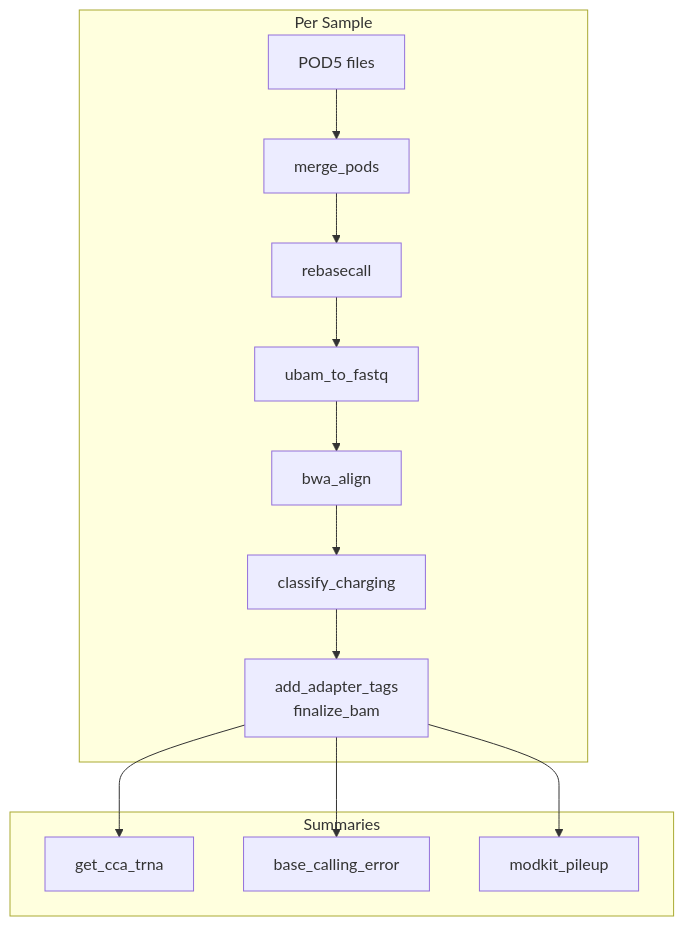
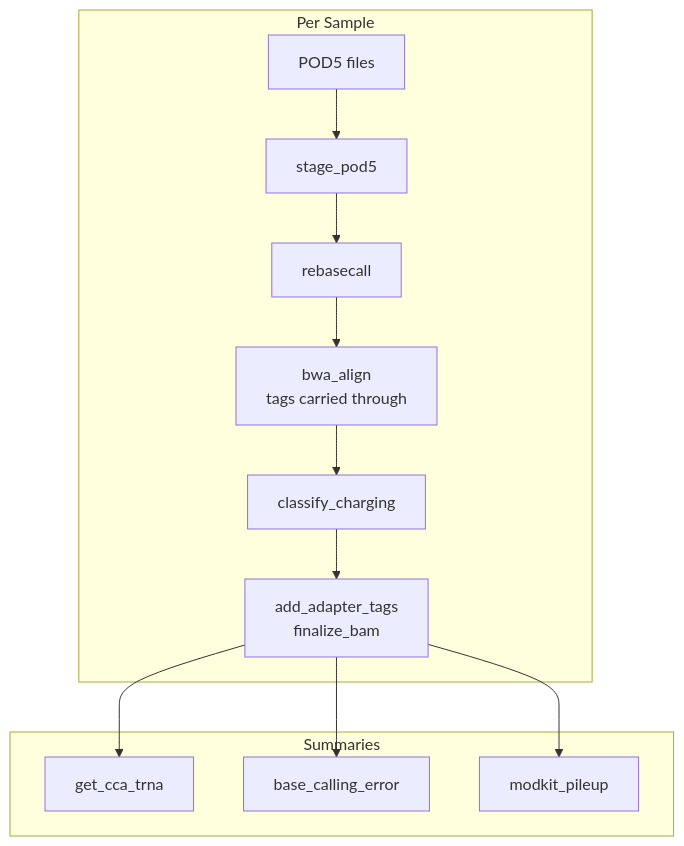
The third of 4 diagrams in docs/development/architecture.md (rnabioco/aa-tRNA-seq-pipeline), drawn with Mermaid before and after one commit. The commit also changed other lines of this file and 27 other files, not shown here.

First line of the commit message:
perf(process)!: stream dorado tags through bwa and stop copying POD5 (#154)

````diff
--- a/docs/development/architecture.md
+++ b/docs/development/architecture.md
@@ -153,17 +153,16 @@
 ```mermaid
 flowchart TD
     subgraph Per Sample
-        A[POD5 files] --> B[merge_pods]
+        A[POD5 files] --> B[stage_pod5]
         B --> C[rebasecall]
-        C --> D[ubam_to_fastq]
-        D --> E[bwa_align]
+        C --> E[bwa_align<br/>tags carried through]
         E --> F[classify_charging]
         F --> G[add_adapter_tags<br/>finalize_bam]
     end
 
     subgraph Summaries
         G --> H[get_cca_trna]
         G --> I[base_calling_error]
         G --> J[modkit_pileup]
     end
 ```
````
